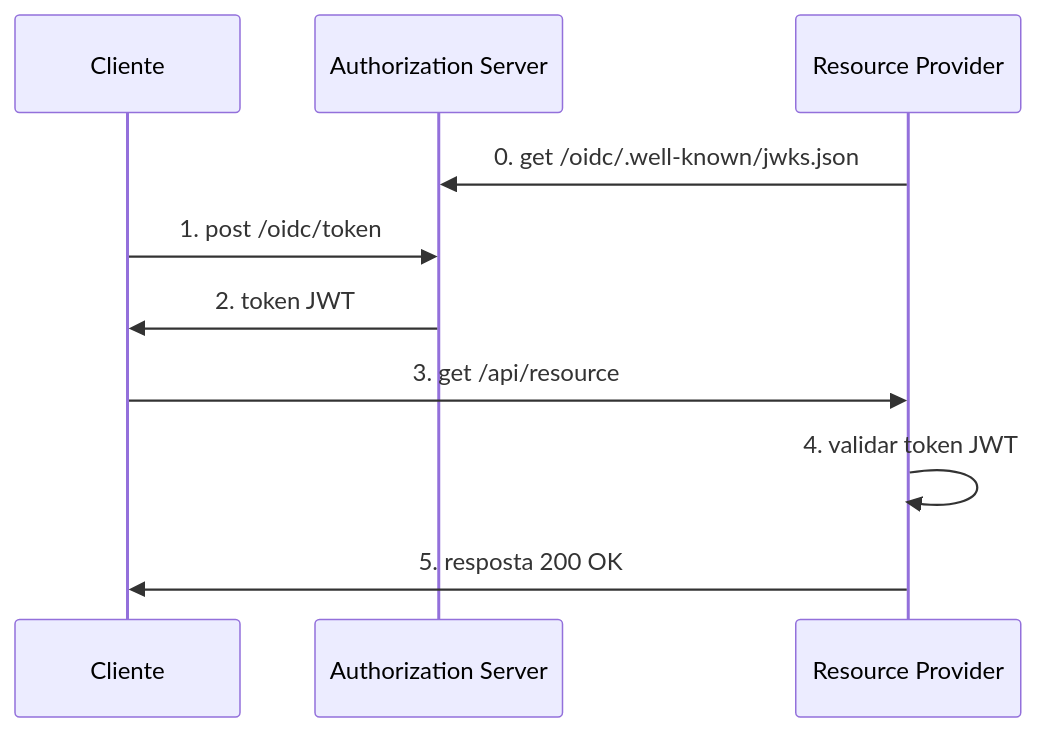
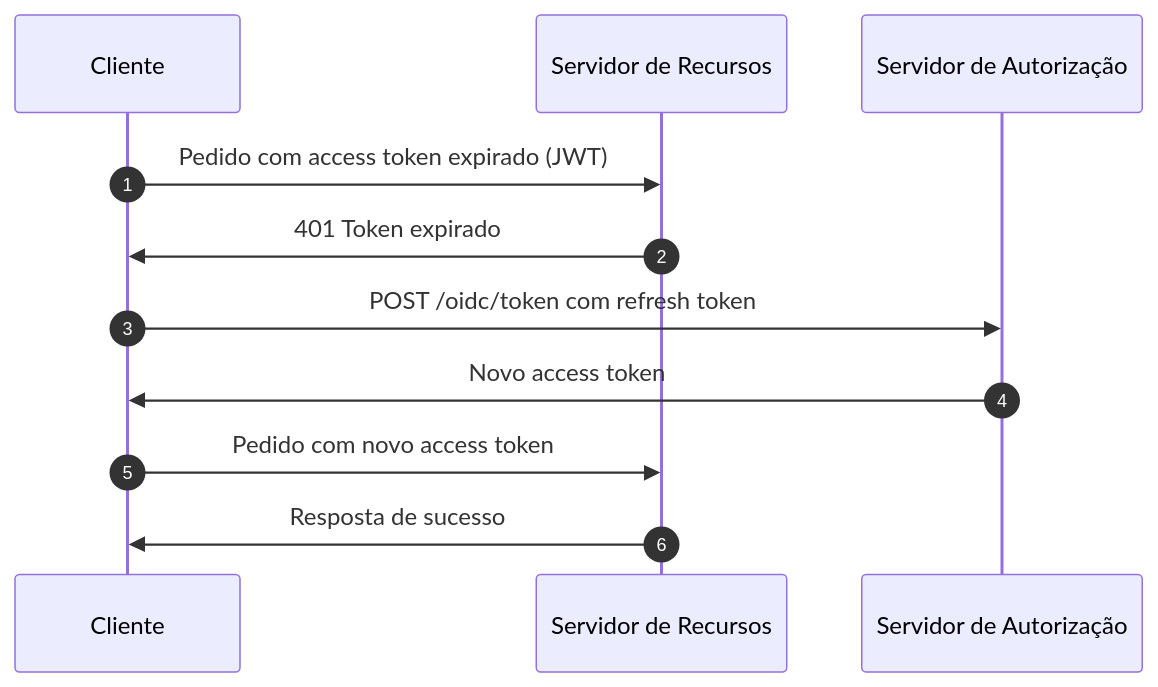
One commit to logto-io/auth-wiki changed the fifth of 5 diagrams in src/content/terms/pt-pt/opaque-token.mdx. Above: the diagram before and after it, drawn with Mermaid. The commit also changed other lines of this file and 95 other files, not shown here.

````diff
--- a/src/content/terms/pt-pt/opaque-token.mdx
+++ b/src/content/terms/pt-pt/opaque-token.mdx
@@ -73,16 +123,14 @@
 ```mermaid
+sequenceDiagram
+    participant Client as Cliente
+    participant RS as Servidor de Recursos
+    participant AS as Servidor de Autorização
+    autonumber
 
-sequenceDiagram
-    participant C as Cliente
-    participant AS as Authorization Server
-    participant RP as Resource Provider
-
-    RP ->> AS: 0. get /oidc/.well-known/jwks.json
-
-    C ->> AS: 1. post /oidc/token
-    AS ->> C: 2. token JWT
-    C ->> RP: 3. get /api/resource
-    RP ->> RP: 4. validar token JWT
-    RP ->> C: 5. resposta 200 OK
-
+    Client->>RS: Pedido com access token expirado (JWT)
+    RS->>Client: 401 Token expirado
+    Client->>AS: POST /oidc/token com refresh token
+    AS->>Client: Novo access token
+    Client->>RS: Pedido com novo access token
+    RS->>Client: Resposta de sucesso
 ```
````
